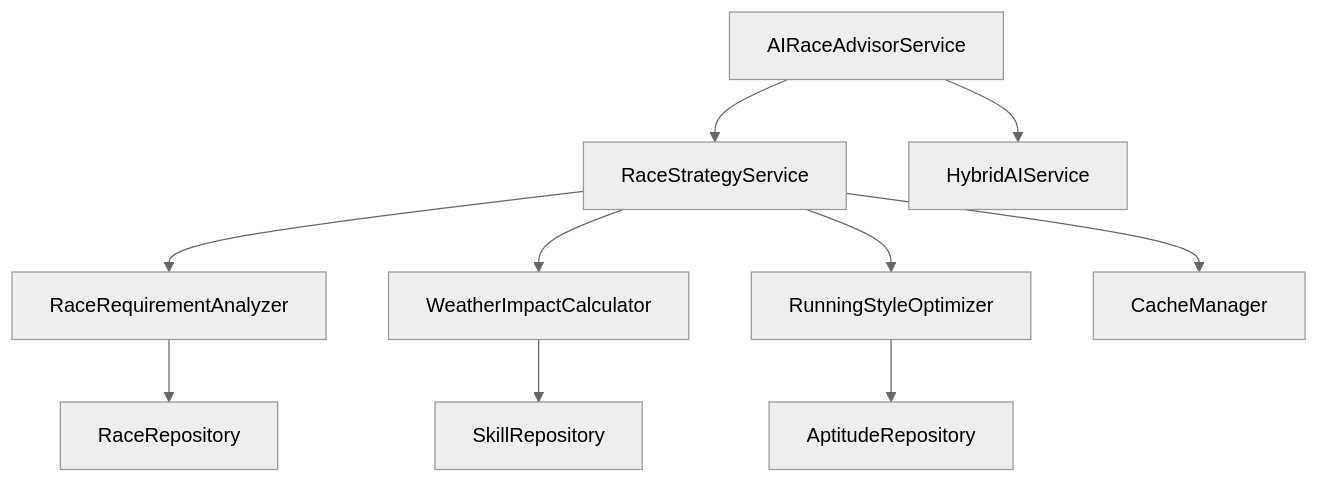
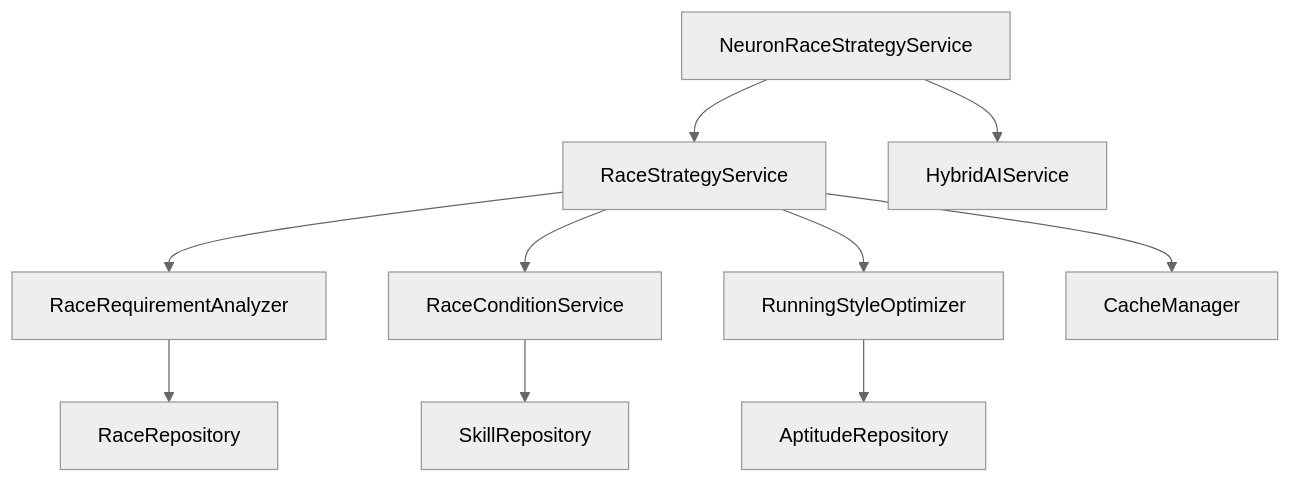
One commit to exatfrds67/umamusume-career-planner changed the sixth of 7 diagrams in docs/01-tech-flow/TECH-FLOW-003_Race_Strategy_Flow.md. Above: the diagram before and after it, drawn with Mermaid (neutral theme). The commit also changed other lines of this file and 111 other files, not shown here.

````diff
--- a/docs/01-tech-flow/TECH-FLOW-003_Race_Strategy_Flow.md
+++ b/docs/01-tech-flow/TECH-FLOW-003_Race_Strategy_Flow.md
@@ -1187,14 +1187,14 @@
 ```mermaid
 flowchart TD
     RaceStrategyService --> RaceRequirementAnalyzer
-    RaceStrategyService --> WeatherImpactCalculator
+    RaceStrategyService --> RaceConditionService
     RaceStrategyService --> RunningStyleOptimizer
     RaceStrategyService --> CacheManager
     
     RaceRequirementAnalyzer --> RaceRepository
-    WeatherImpactCalculator --> SkillRepository
+    RaceConditionService --> SkillRepository
     RunningStyleOptimizer --> AptitudeRepository
     
-    AIRaceAdvisorService --> RaceStrategyService
-    AIRaceAdvisorService --> HybridAIService
+    NeuronRaceStrategyService --> RaceStrategyService
+    NeuronRaceStrategyService --> HybridAIService
 ```
````
